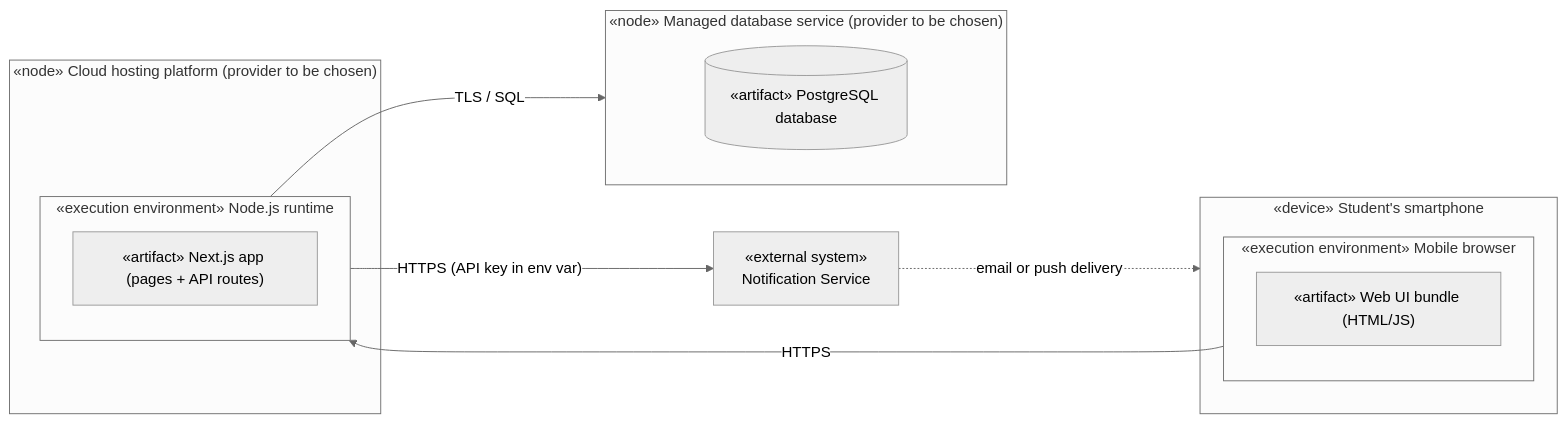
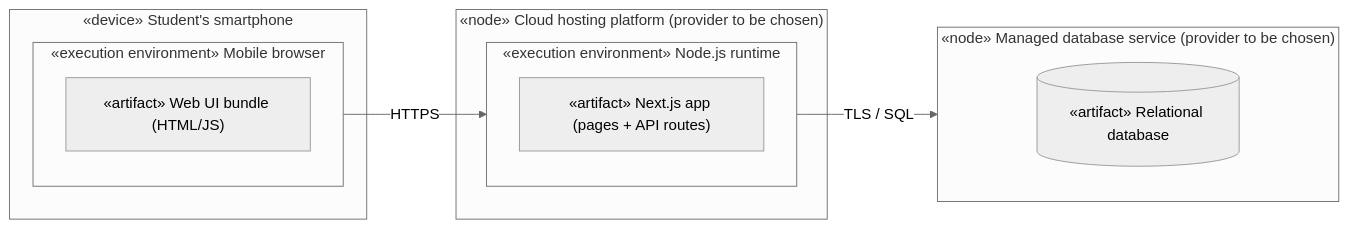
The diagram in docs/architecture/deployment.md (angelalegria626-maker/budget-tracker-ryzza), drawn with Mermaid (neutral theme) before and after one commit. The commit also changed other lines of this file, not shown here.

````diff
--- a/docs/architecture/deployment.md
+++ b/docs/architecture/deployment.md
@@ -3,21 +3,18 @@
 ```mermaid
 flowchart LR
   subgraph PH["«device» Student's smartphone"]
     subgraph BR["«execution environment» Mobile browser"]
       A1["«artifact» Web UI bundle (HTML/JS)"]
     end
   end
   subgraph HOST["«node» Cloud hosting platform (provider to be chosen)"]
     subgraph RT["«execution environment» Node.js runtime"]
       A2["«artifact» Next.js app (pages + API routes)"]
     end
   end
   subgraph DBN["«node» Managed database service (provider to be chosen)"]
-    A3[("«artifact» PostgreSQL database")]
+    A3[("«artifact» Relational database")]
   end
-  NS["«external system»<br/>Notification Service"]
   BR -- "HTTPS" --> RT
   RT -- "TLS / SQL" --> DBN
-  RT -- "HTTPS (API key in env var)" --> NS
-  NS -. "email or push delivery" .-> PH
 ```
````
